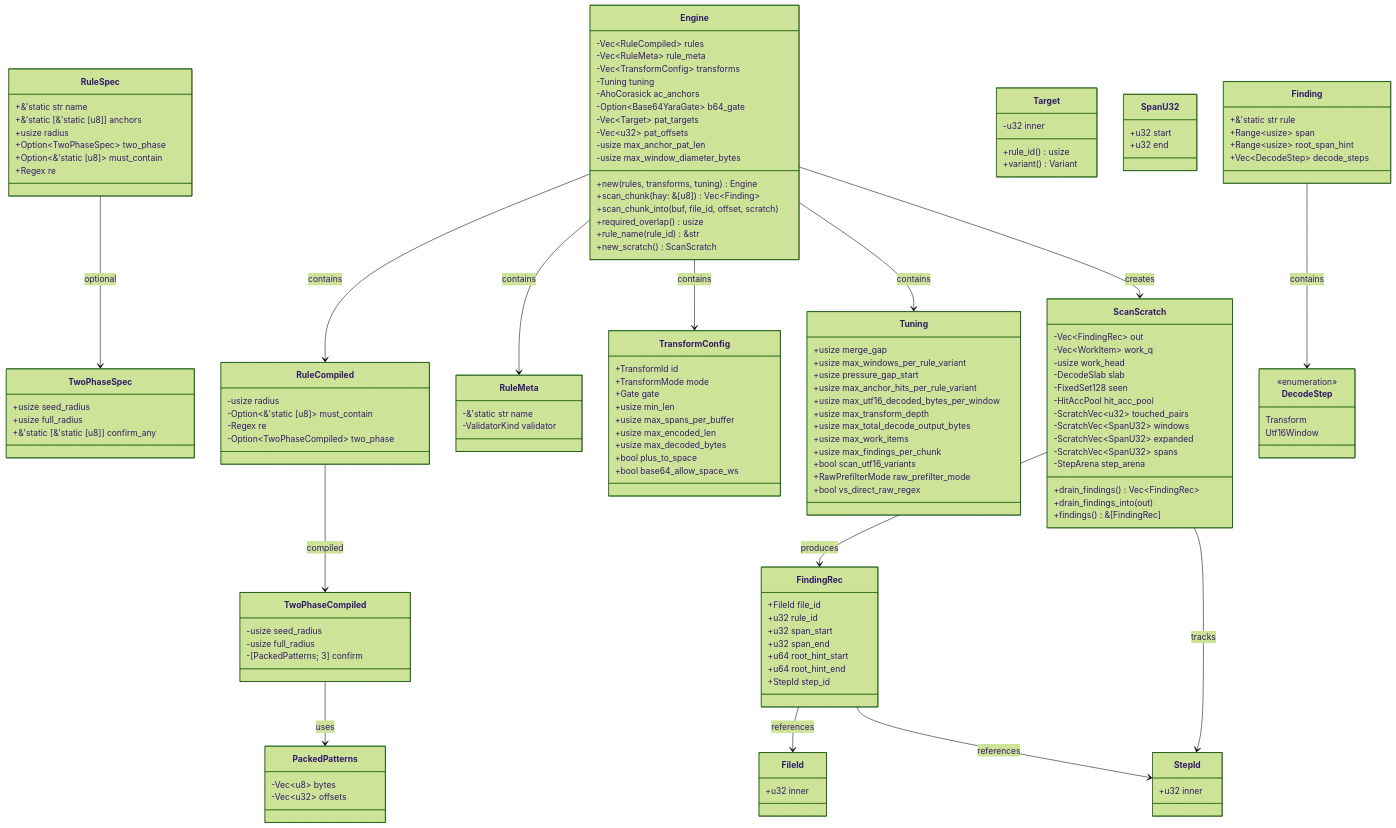
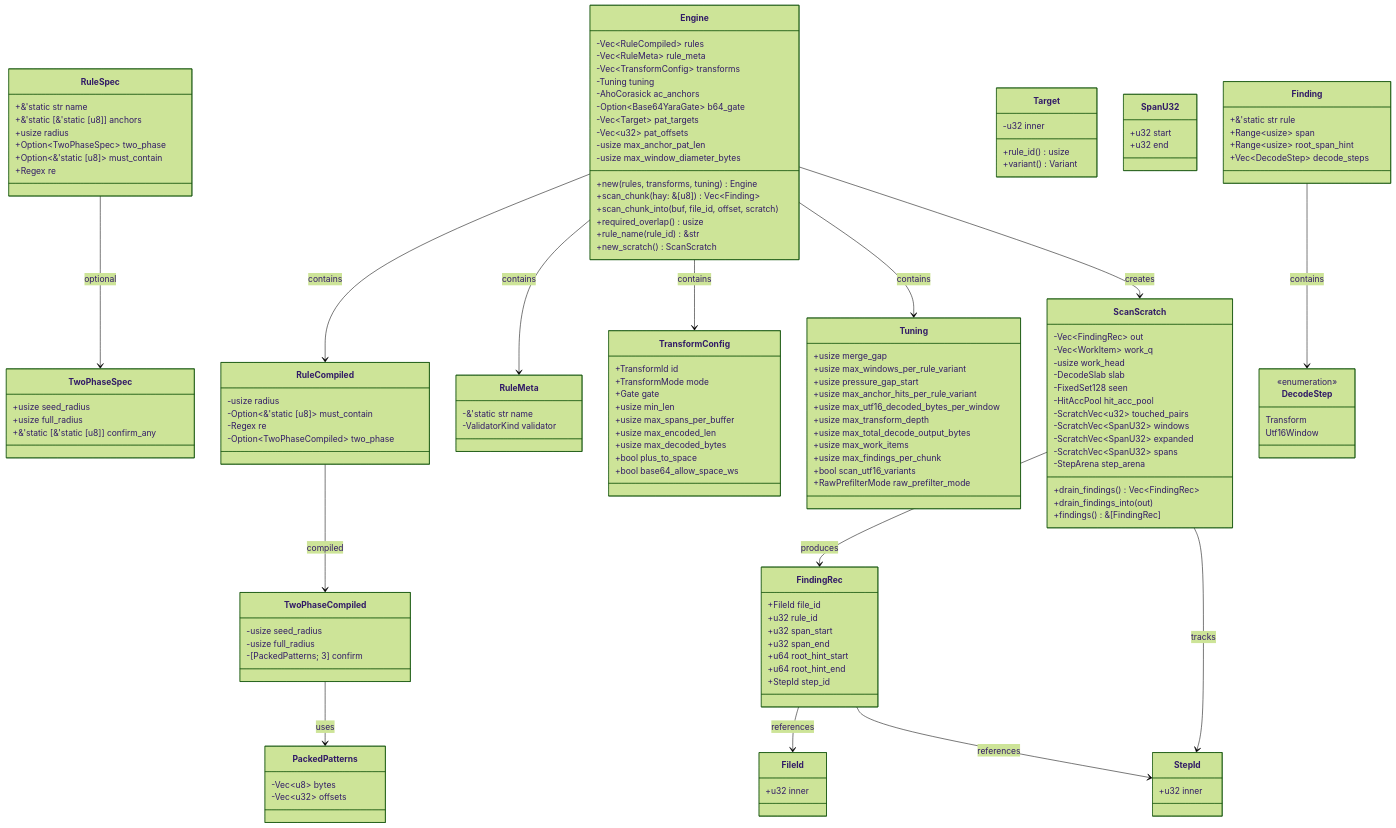
Before and after one commit to ahrav/scratch-scanner-rs: the first of 4 diagrams in docs/data-types.md, drawn with Mermaid (forest theme). The commit also changed 8 other files, not shown here.

First line of the commit message:
Remove unused `vs_direct_raw_regex` feature

```diff
--- a/docs/data-types.md
+++ b/docs/data-types.md
@@ -98,7 +98,6 @@
         +usize max_findings_per_chunk
         +bool scan_utf16_variants
         +RawPrefilterMode raw_prefilter_mode
-        +bool vs_direct_raw_regex
     }
 
     class ScanScratch {
```
